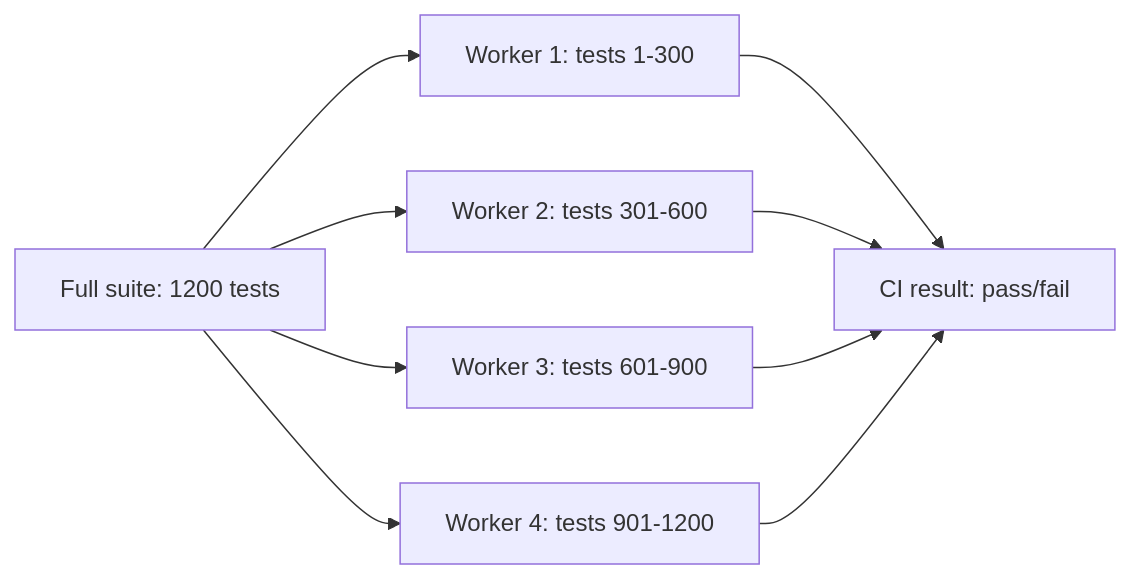
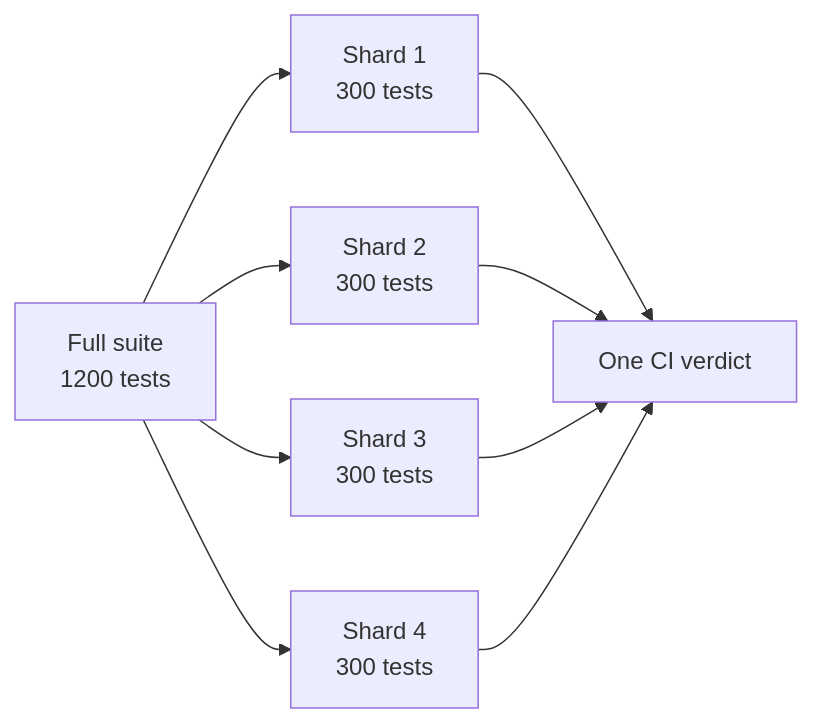
One commit to francoandreDev/knowledge changed the first of 2 diagrams in src/content/testing-quality/test-suite-architecture/L2-concept.mdx. Above: the diagram before and after it, drawn with Mermaid. The commit also changed other lines of this file and 16 other files, not shown here.

Commit message:
Migrate testing-quality batch 3 (property-based-testing, contract-testing, fault-injection, test-suite-architecture) to the three-tier exercise model

````diff
--- a/src/content/testing-quality/test-suite-architecture/L2-concept.mdx
+++ b/src/content/testing-quality/test-suite-architecture/L2-concept.mdx
@@ -30,11 +32,11 @@
 ```mermaid
 flowchart LR
-    S[Full suite: 1200 tests] --> W1[Worker 1: tests 1-300]
-    S --> W2[Worker 2: tests 301-600]
-    S --> W3[Worker 3: tests 601-900]
-    S --> W4[Worker 4: tests 901-1200]
-    W1 --> R[CI result: pass/fail]
+    S["Full suite<br/>1200 tests"] --> W1["Shard 1<br/>300 tests"]
+    S --> W2["Shard 2<br/>300 tests"]
+    S --> W3["Shard 3<br/>300 tests"]
+    S --> W4["Shard 4<br/>300 tests"]
+    W1 --> R["One CI verdict"]
     W2 --> R
     W3 --> R
     W4 --> R
 ```
````
